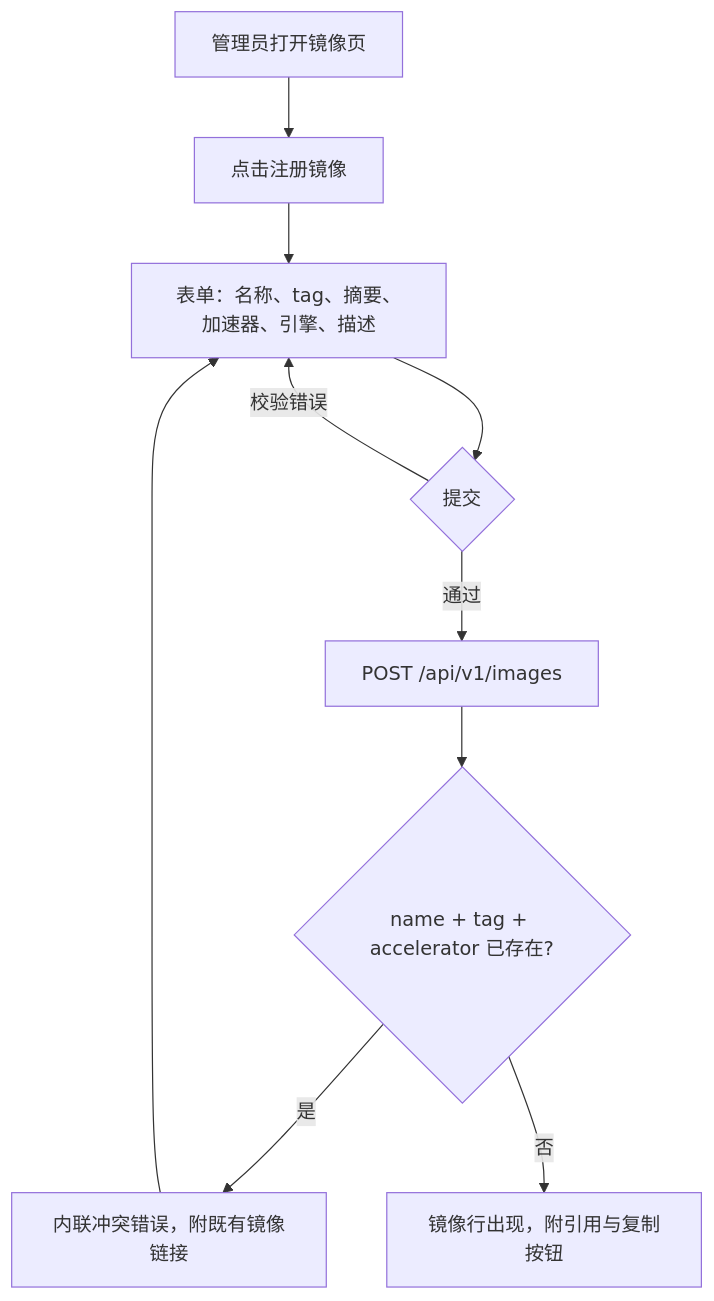
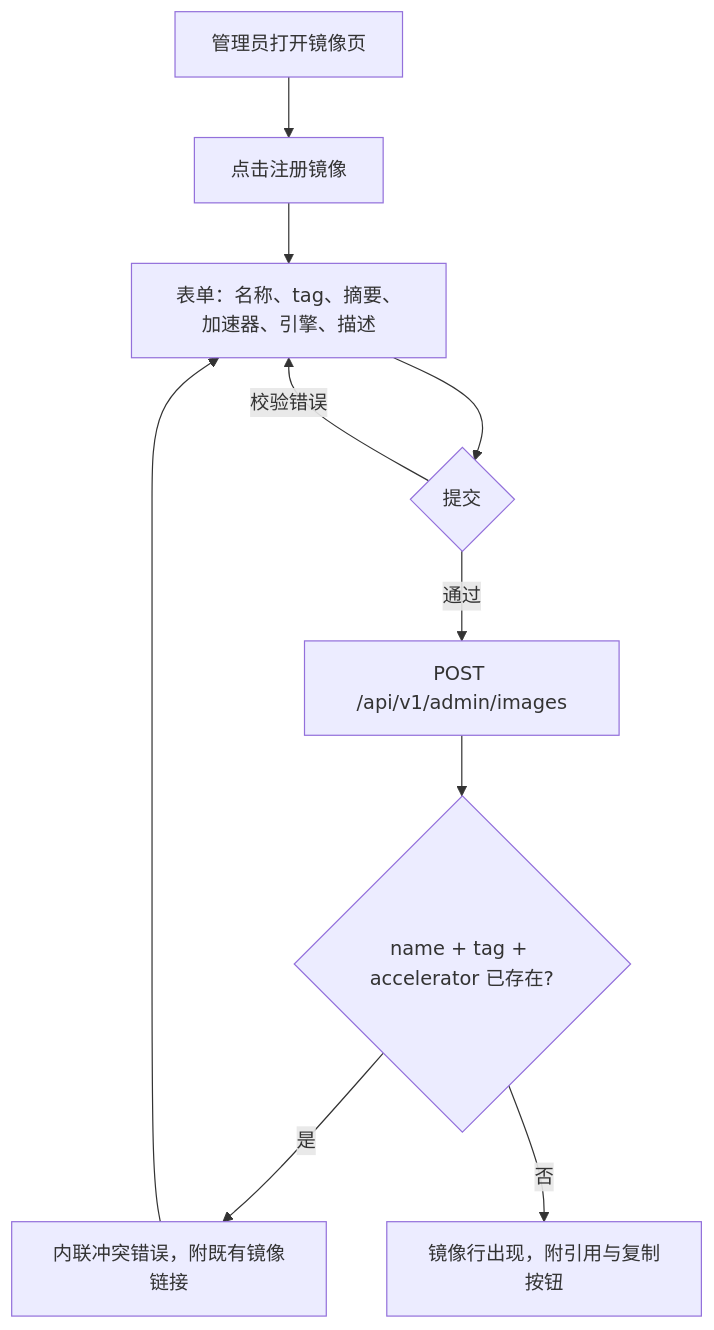
The first of 4 diagrams in site/docs/design/image-management.zh-cn.md (go-taas/go-taas), drawn with Mermaid before and after one commit. The commit also changed other lines of this file and 13 other files, not shown here.

````diff
--- a/site/docs/design/image-management.zh-cn.md
+++ b/site/docs/design/image-management.zh-cn.md
@@ -173,12 +173,12 @@
 ```mermaid
 flowchart TD
     A["管理员打开镜像页"] --> B["点击注册镜像"]
     B --> C["表单：名称、tag、摘要、加速器、引擎、描述"]
     C --> D{提交}
     D -->|校验错误| C
-    D -->|通过| E["POST /api/v1/images"]
+    D -->|通过| E["POST /api/v1/admin/images"]
     E --> F{name + tag + accelerator 已存在?}
     F -->|是| G["内联冲突错误，附既有镜像链接"]
     G --> C
     F -->|否| H["镜像行出现，附引用与复制按钮"]
 ```
````
